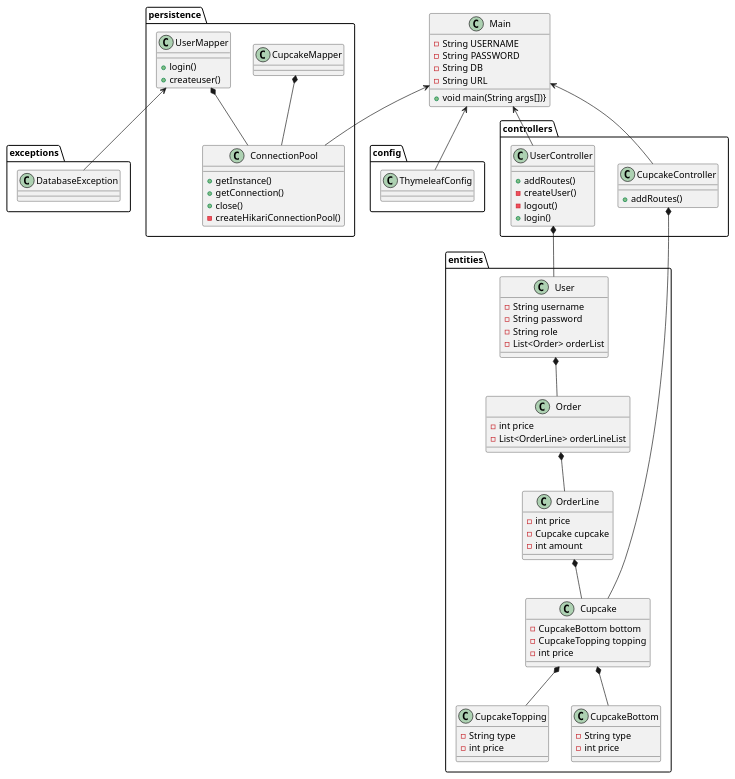
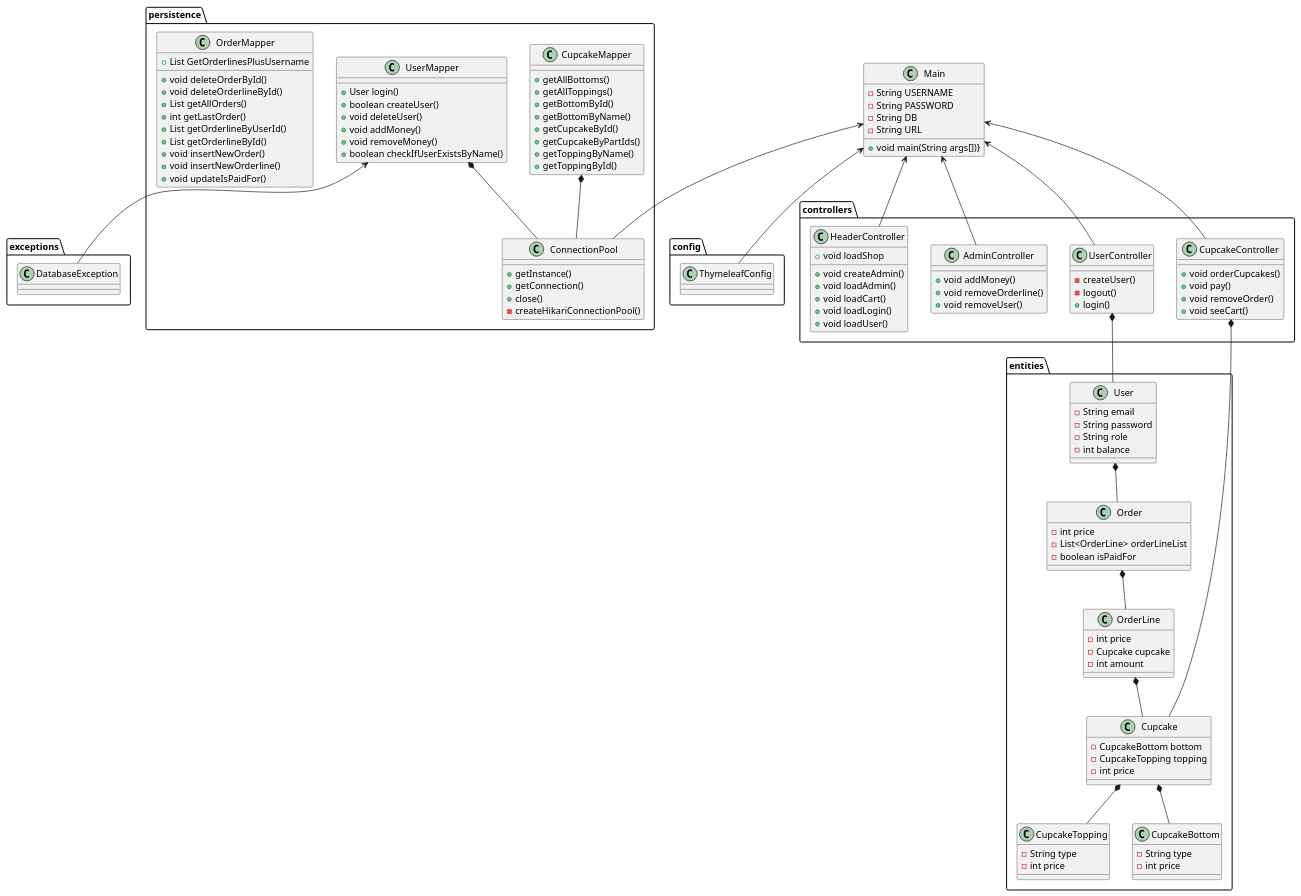
Before and after one commit to Magnewei/CupcakeProject: the diagram in src/main/resources/Diagrams/Class.puml, drawn with PlantUML. The commit also changed 5 other files, not shown here.

Commit message:
Camel cased method names. Changed class diagram

```diff
--- a/src/main/resources/Diagrams/Class.puml
+++ b/src/main/resources/Diagrams/Class.puml
@@ -1,113 +1,155 @@
 @startuml
 'https://plantuml.com/class-diagram
 
 'Main
 Main <-- config.ThymeleafConfig
 Main <-- persistence.ConnectionPool
 Main <-- controllers.UserController
 Main <-- controllers.CupcakeController
+Main <-- controllers.AdminController
+Main <-- controllers.HeaderController
 
-'controllers
 
 'entities
 entities.Cupcake *-- entities.CupcakeTopping
 entities.Cupcake *-- entities.CupcakeBottom
 entities.Order *-- entities.OrderLine
 entities.OrderLine *-- entities.Cupcake
 entities.User *-- entities.Order
 
 'persistence
 persistence.UserMapper *-- persistence.ConnectionPool
 persistence.CupcakeMapper *-- persistence.ConnectionPool
 persistence.UserMapper <-- exceptions.DatabaseException
 
 'controllers
 controllers.CupcakeController *-- entities.Cupcake
 controllers.UserController *-- entities.User
 
 class Main {
 -String USERNAME
 -String PASSWORD
 -String DB
 -String URL
 +void main(String args[])}
 }
 
 package entities {
 class Cupcake{
 -CupcakeBottom bottom
 -CupcakeTopping topping
 -int price
 }
 
 class User{
--String username
+-String email
 -String password
 -String role
--List<Order> orderList
+-int balance
 }
 
 class CupcakeBottom {
 -String type
 -int price
 }
 class CupcakeTopping {
 -String type
 -int price
 }
 
 class OrderLine{
 -int price
 -Cupcake cupcake
 -int amount
 }
 
-class Order{
+class Order {
 -int price
 -List<OrderLine> orderLineList
+-boolean isPaidFor
 }
 
 }
 
 package exceptions {
 class DatabaseException {}
 }
 
 package persistence {
 class ConnectionPool {
 +getInstance()
 +getConnection()
 +close()
 -createHikariConnectionPool()
 }
 
 class CupcakeMapper {
-'TODO: Skal den her bruges eller ej?
++getAllBottoms()
++getAllToppings()
++getBottomById()
++getBottomByName()
++getCupcakeById()
++getCupcakeByPartIds()
++getToppingByName()
++getToppingById()
 }
 
 class UserMapper{
-+login()
-+createuser()
++User login()
++boolean createUser()
++void deleteUser()
++void addMoney()
++void removeMoney()
++boolean checkIfUserExistsByName()
 }
 
+class OrderMapper {
++void deleteOrderById()
++void deleteOrderlineById()
++List getAllOrders()
++int getLastOrder()
++List getOrderlineByUserId()
++List getOrderlineById()
++List GetOrderlinesPlusUsername
++void insertNewOrder()
++void insertNewOrderline()
++void updateIsPaidFor()
+}
 }
 
 package config {
 class ThymeleafConfig{}
 }
 
 package controllers{
 class UserController{
-+addRoutes()
 -createUser()
 -logout()
 +login()
 }
 
 class CupcakeController{
-+addRoutes()
++void orderCupcakes()
++void pay()
++void removeOrder()
++void seeCart()
+}
+
+class HeaderController {
++void createAdmin()
++void loadAdmin()
++void loadCart()
++void loadLogin()
++void loadShop
++void loadUser()
+}
+
+class AdminController {
++void addMoney()
++void removeOrderline()
++void removeUser()
 }
 }
 
 
 @enduml
```
